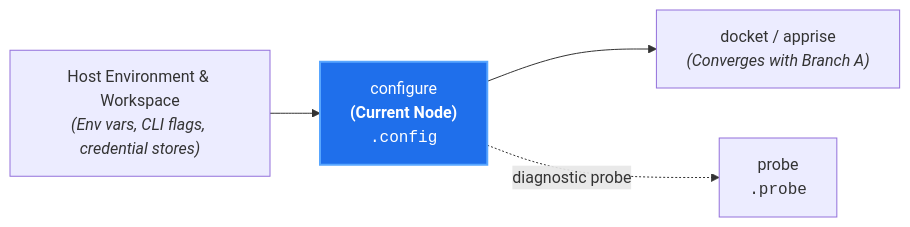
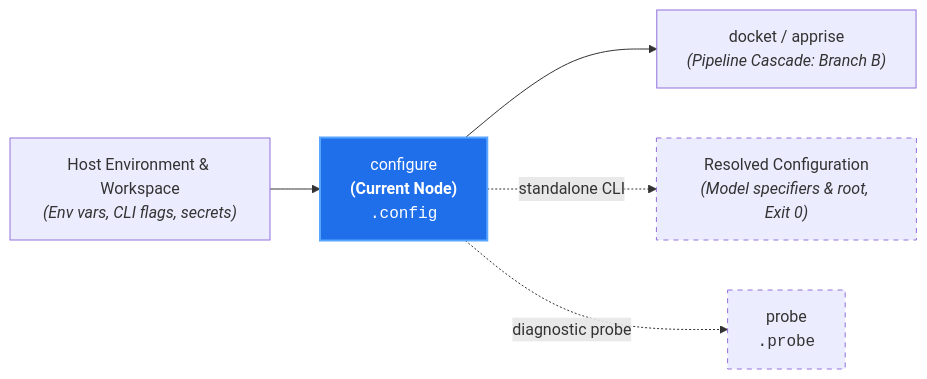
Before and after one commit to PAIR-code/canon-clerk: the diagram in docs/architecture/nodes/configure.md, drawn with Mermaid. The commit also changed 8 other files, not shown here.

Commit message:
docs(architecture): standardize localized node diagrams with standalone and exit paths

````diff
--- a/docs/architecture/nodes/configure.md
+++ b/docs/architecture/nodes/configure.md
@@ -21,8 +21,12 @@
 ```mermaid
 flowchart LR
-    Env["Host Environment & Workspace<br/><i>(Env vars, CLI flags, credential stores)</i>"] --> Config["configure<br/><b>(Current Node)</b><br/><code>.config</code>"]
-    Config --> Docket["docket / apprise<br/><i>(Converges with Branch A)</i>"]
+    Env["Host Environment & Workspace<br/><i>(Env vars, CLI flags, secrets)</i>"] --> Config["configure<br/><b>(Current Node)</b><br/><code>.config</code>"]
+
+    Config --> Cascade["docket / apprise<br/><i>(Pipeline Cascade: Branch B)</i>"]
+    Config -. "standalone CLI" .-> ConfigReport["Resolved Configuration<br/><i>(Model specifiers & root, Exit 0)</i>"]
     Config -. "diagnostic probe" .-> Probe["probe<br/><code>.probe</code>"]
 
     style Config fill:#1f6feb,stroke:#58a6ff,stroke-width:2px,color:#fff
+    style ConfigReport stroke-dasharray: 5 5
+    style Probe stroke-dasharray: 5 5
 ```
````
